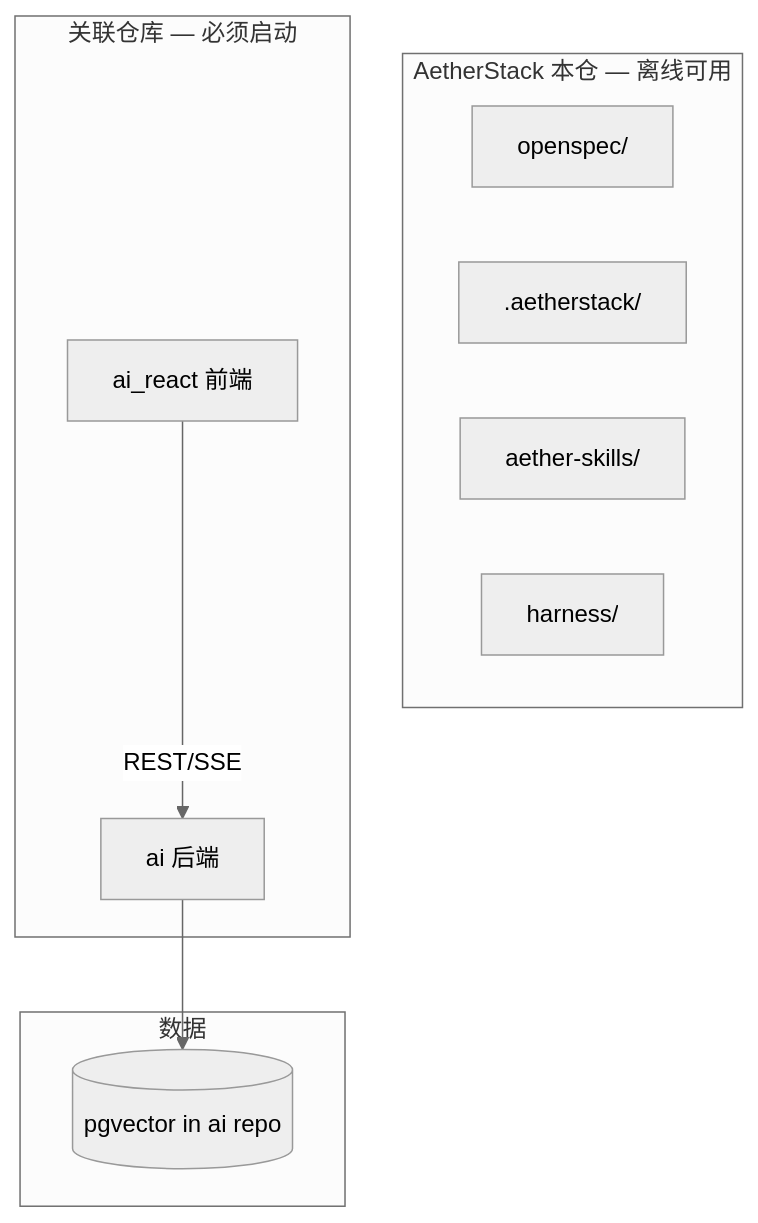
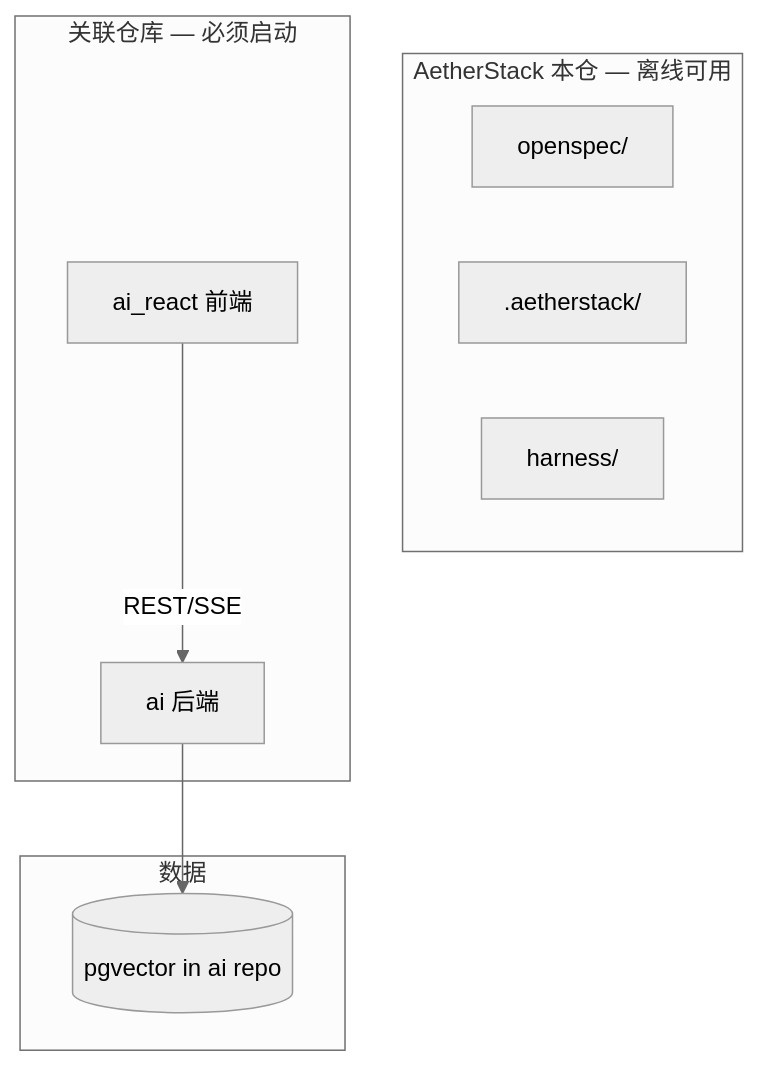
Before and after one commit to 932687738/AetherStack: the diagram in ARCHITECTURE.md, drawn with Mermaid (neutral theme). The commit also changed other lines of this file and 116 other files, not shown here.

````diff
--- a/ARCHITECTURE.md
+++ b/ARCHITECTURE.md
@@ -7,17 +7,16 @@
 ```mermaid
 flowchart TB
     subgraph AetherStack["AetherStack 本仓 — 离线可用"]
         OS[openspec/]
         AS[.aetherstack/]
-        SK[aether-skills/]
         HD[harness/]
     end
     subgraph External["关联仓库 — 必须启动"]
         AI[ai 后端]
         REACT[ai_react 前端]
     end
     subgraph Data["数据"]
         PG[(pgvector in ai repo)]
     end
     REACT -->|REST/SSE| AI --> PG
 ```
````
